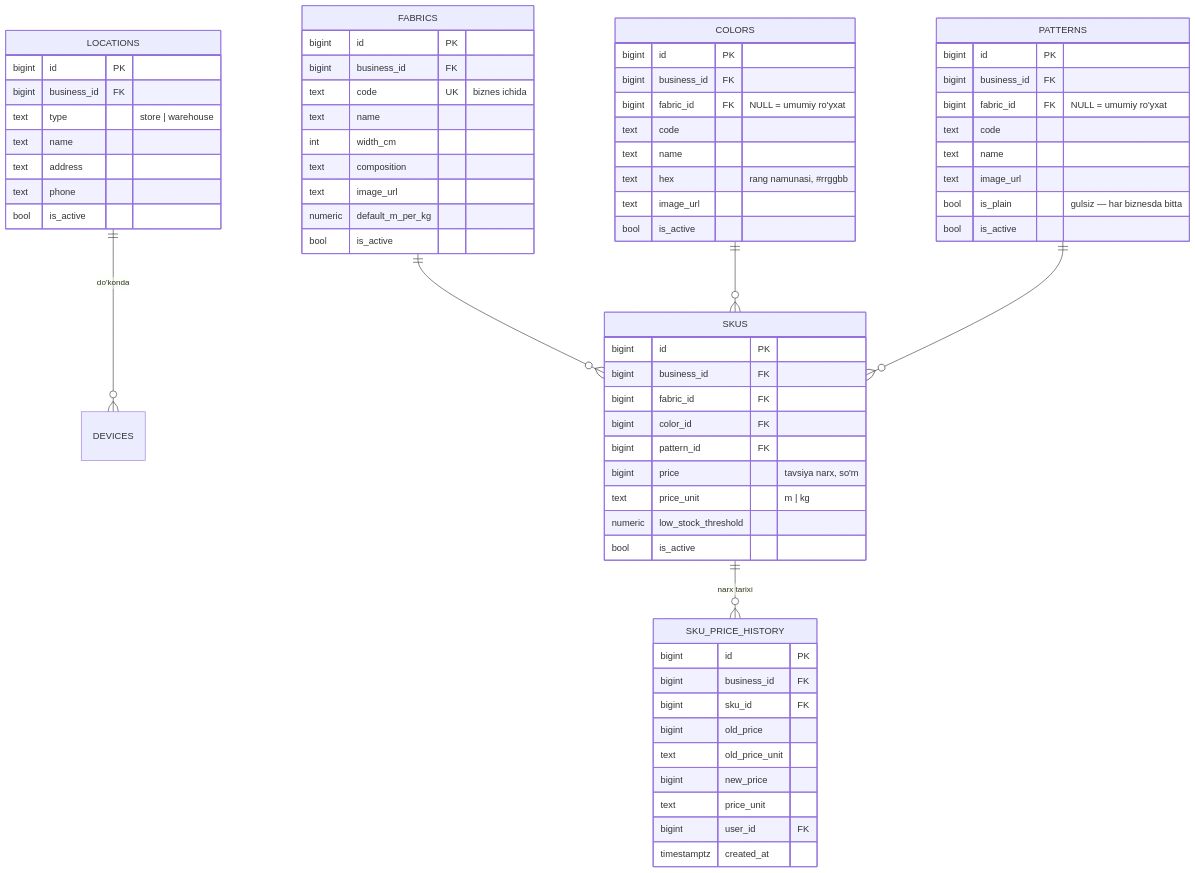
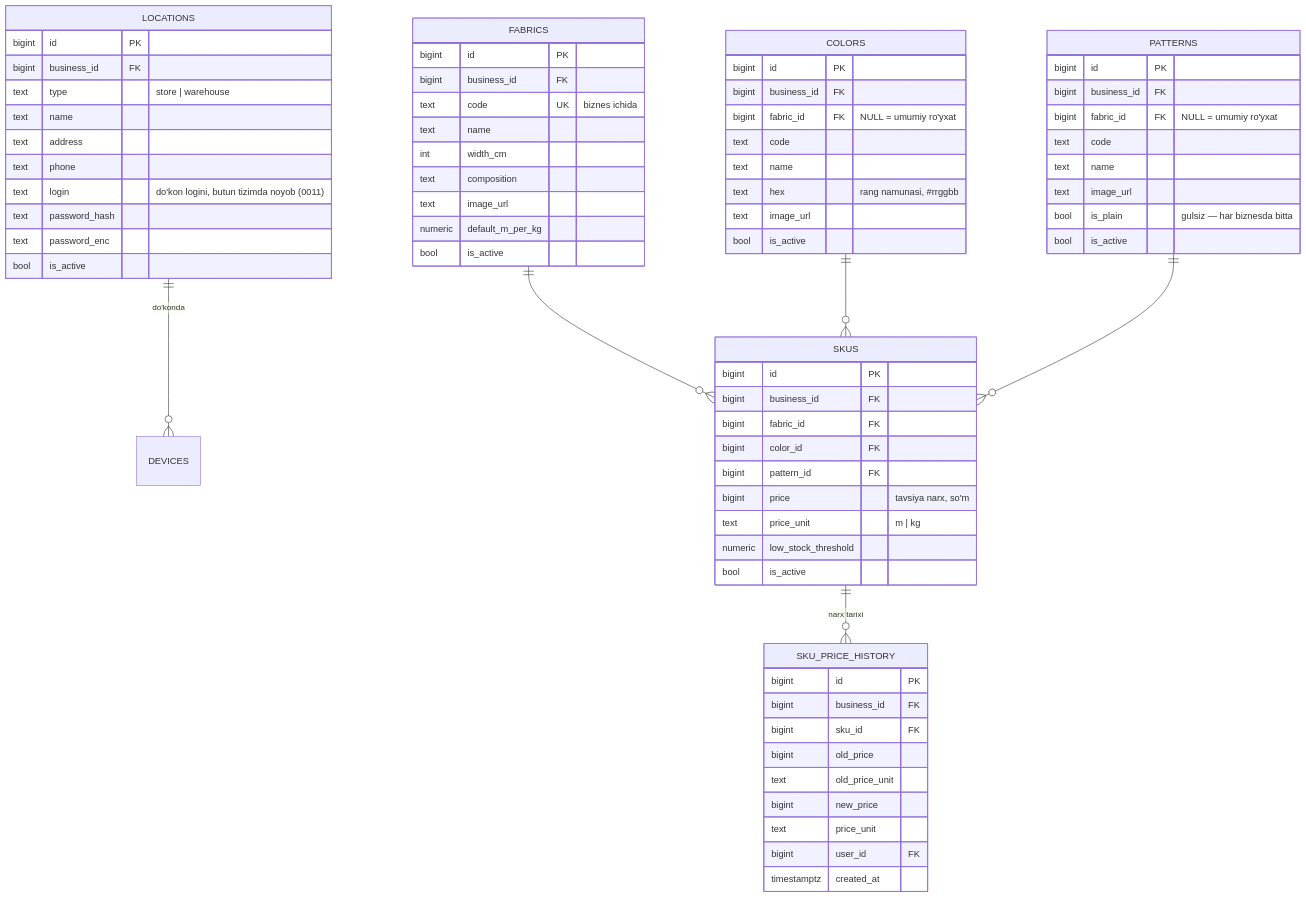
The second of 5 diagrams in docs/05-baza-sxemasi.md (samandarov076/mato), drawn with Mermaid before and after one commit. The commit also changed other lines of this file and 161 other files, not shown here.

````diff
--- a/docs/05-baza-sxemasi.md
+++ b/docs/05-baza-sxemasi.md
@@ -119,70 +119,73 @@
 ```mermaid
 erDiagram
   LOCATIONS ||--o{ DEVICES : "do'konda"
   FABRICS ||--o{ SKUS : ""
   COLORS ||--o{ SKUS : ""
   PATTERNS ||--o{ SKUS : ""
   SKUS ||--o{ SKU_PRICE_HISTORY : "narx tarixi"
   LOCATIONS {
     bigint id PK
     bigint business_id FK
     text type "store | warehouse"
     text name
     text address
     text phone
+    text login "do'kon logini, butun tizimda noyob (0011)"
+    text password_hash
+    text password_enc
     bool is_active
   }
   FABRICS {
     bigint id PK
     bigint business_id FK
     text code UK "biznes ichida"
     text name
     int width_cm
     text composition
     text image_url
     numeric default_m_per_kg
     bool is_active
   }
   COLORS {
     bigint id PK
     bigint business_id FK
     bigint fabric_id FK "NULL = umumiy ro'yxat"
     text code
     text name
     text hex "rang namunasi, #rrggbb"
     text image_url
     bool is_active
   }
   PATTERNS {
     bigint id PK
     bigint business_id FK
     bigint fabric_id FK "NULL = umumiy ro'yxat"
     text code
     text name
     text image_url
     bool is_plain "gulsiz — har biznesda bitta"
     bool is_active
   }
   SKUS {
     bigint id PK
     bigint business_id FK
     bigint fabric_id FK
     bigint color_id FK
     bigint pattern_id FK
     bigint price "tavsiya narx, so'm"
     text price_unit "m | kg"
     numeric low_stock_threshold
     bool is_active
   }
   SKU_PRICE_HISTORY {
     bigint id PK
     bigint business_id FK
     bigint sku_id FK
     bigint old_price
     text old_price_unit
     bigint new_price
     text price_unit
     bigint user_id FK
     timestamptz created_at
   }
 ```
````
